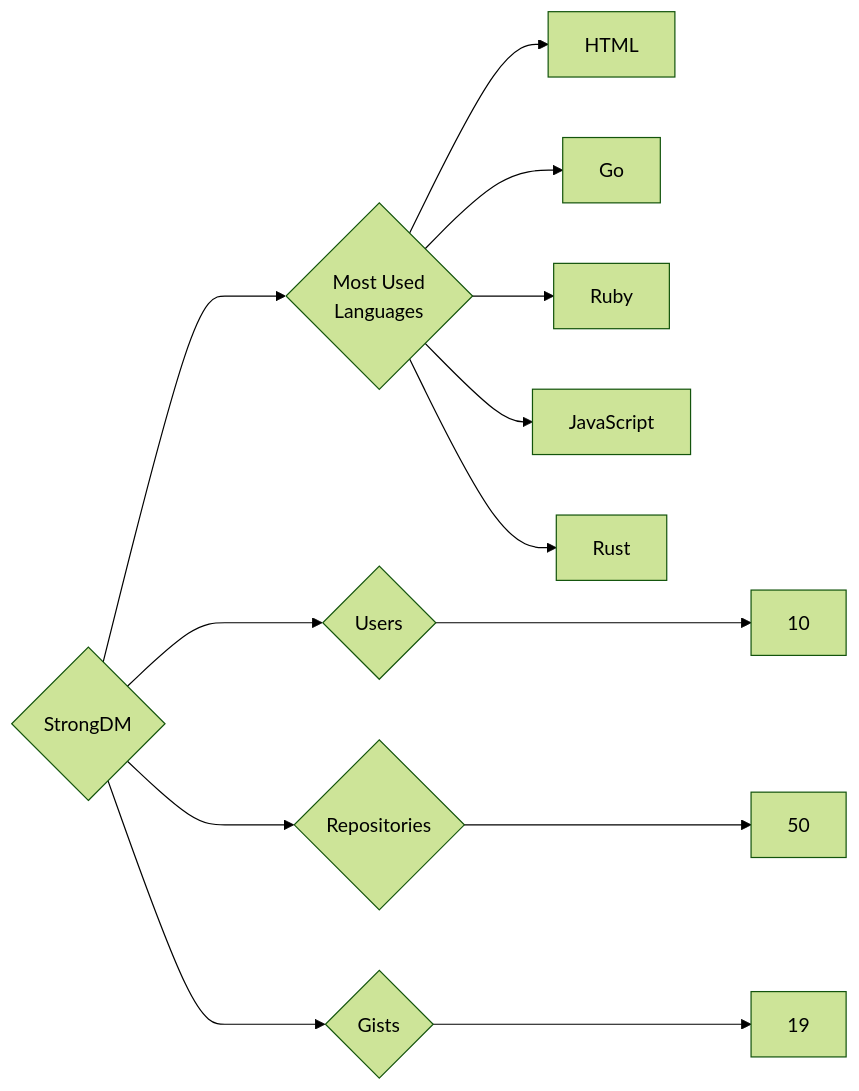
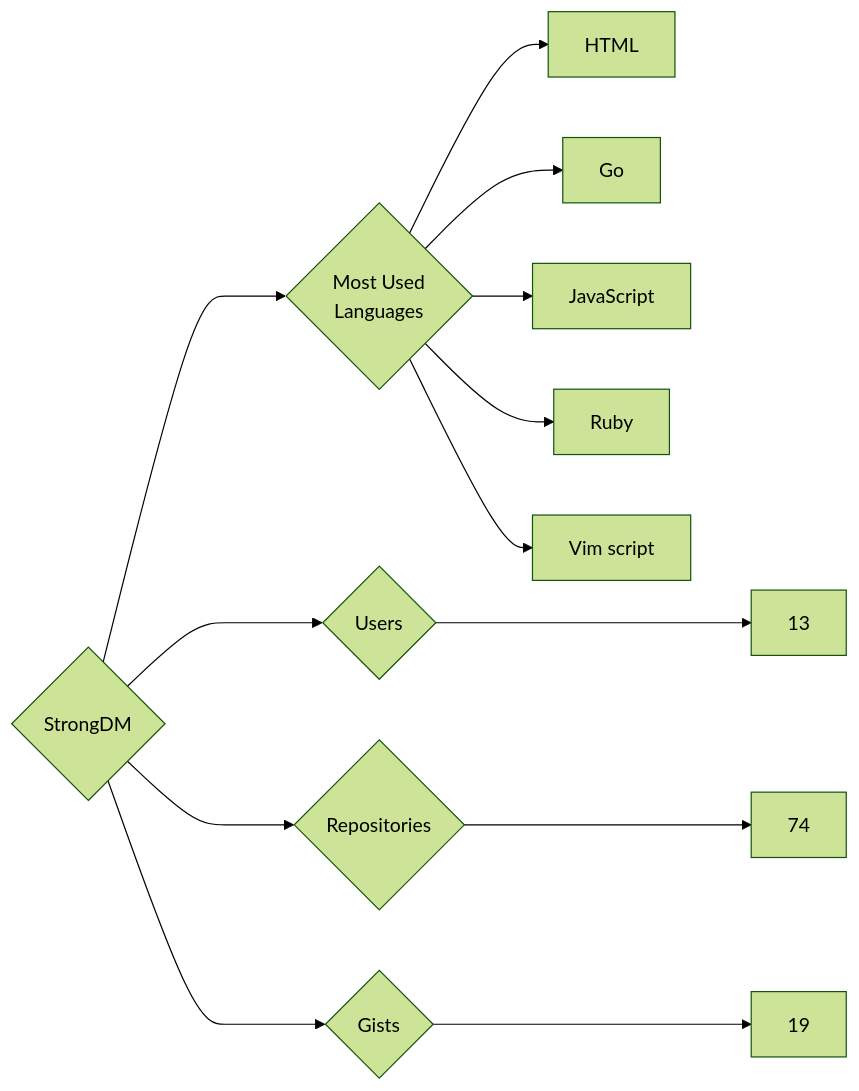
One commit to trickest/insiders changed the diagram in targets/StrongDM/README.md. Above: the diagram before and after it, drawn with Mermaid (forest theme). The commit also changed 895 other files, not shown here.

````diff
--- a/targets/StrongDM/README.md
+++ b/targets/StrongDM/README.md
@@ -3,13 +3,13 @@
 ```mermaid
 graph LR
 COMPANY_NAME{StrongDM}
-COMPANY_NAME ---> U{Users} ---> UN[10]
-COMPANY_NAME ---> R{Repositories} ---> RN[50]
+COMPANY_NAME ---> U{Users} ---> UN[13]
+COMPANY_NAME ---> R{Repositories} ---> RN[74]
 COMPANY_NAME ---> G{Gists} ---> GN[19]
 COMPANY_NAME ---> ML{Most Used<br>Languages}
 ML --> HTML[HTML]
 ML --> Go[Go]
+ML --> JavaScript[JavaScript]
 ML --> Ruby[Ruby]
-ML --> JavaScript[JavaScript]
-ML --> Rust[Rust]
+ML --> Vim_script[Vim script]
 ```
````
